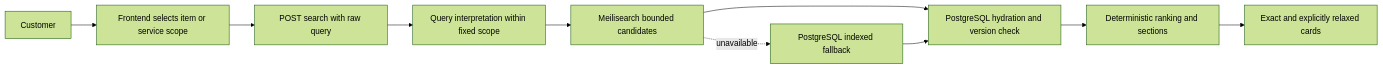
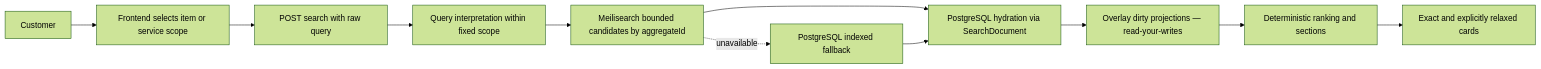
One commit to Siirio/AskBackend changed the second of 2 diagrams in AI_Knowledge/features/search/flow.md. Above: the diagram before and after it, drawn with Mermaid (forest theme). The commit also changed other lines of this file and 30 other files, not shown here.

````diff
--- a/AI_Knowledge/features/search/flow.md
+++ b/AI_Knowledge/features/search/flow.md
@@ -3,12 +21,13 @@
 ```mermaid
 flowchart LR
     U[Customer] --> F[Frontend selects item or service scope]
     F --> Q[POST search with raw query]
     Q --> I[Query interpretation within fixed scope]
-    I --> M[Meilisearch bounded candidates]
-    M --> H[PostgreSQL hydration and version check]
-    H --> R[Deterministic ranking and sections]
+    I --> M[Meilisearch bounded candidates by aggregateId]
+    M --> H[PostgreSQL hydration via SearchDocument]
+    H --> O[Overlay dirty projections — read-your-writes]
+    O --> R[Deterministic ranking and sections]
     R --> C[Exact and explicitly relaxed cards]
     M -. unavailable .-> P[PostgreSQL indexed fallback]
     P --> H
 ```
````
